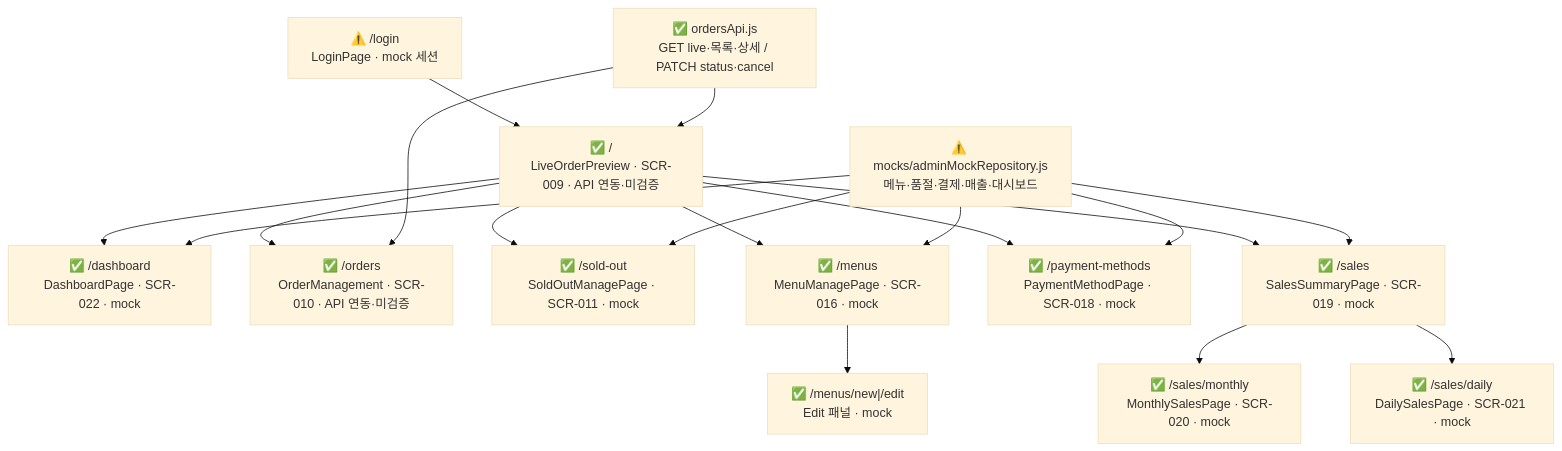
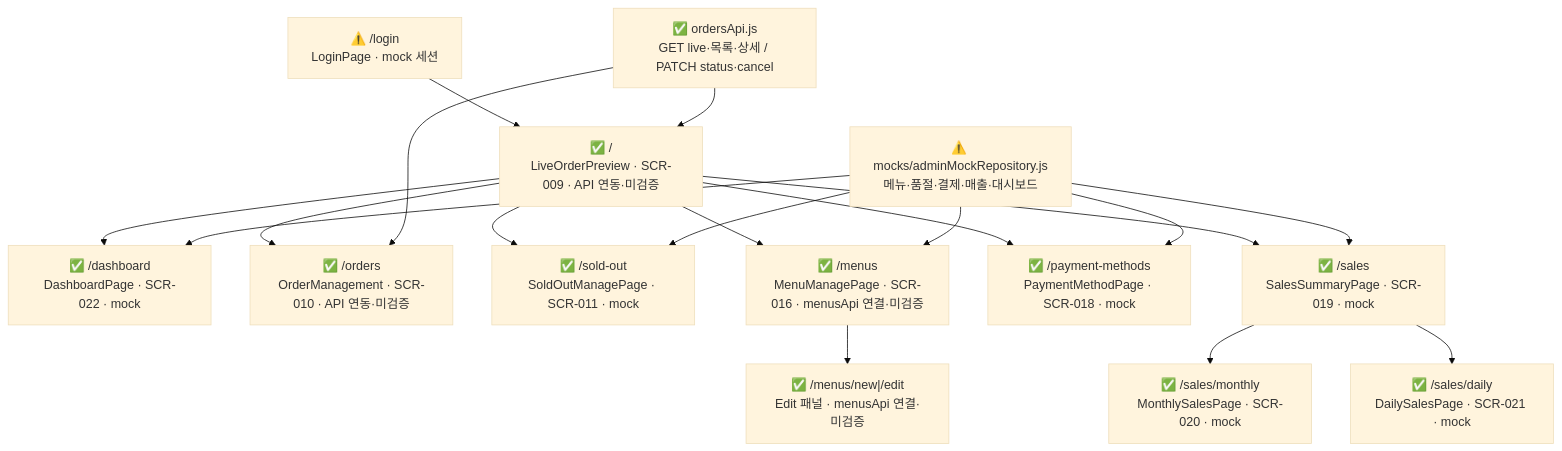
One commit to hagenie128/ASAK changed the third of 6 diagrams in docs/wiki/project-flow.md. Above: the diagram before and after it, drawn with Mermaid (base theme). The commit also changed other lines of this file and 14 other files, not shown here.

````diff
--- a/docs/wiki/project-flow.md
+++ b/docs/wiki/project-flow.md
@@ -94,34 +95,34 @@
 ```mermaid
 flowchart TB
     Login["⚠️ /login<br/>LoginPage · mock 세션"]
     Live["✅ /<br/>LiveOrderPreview · SCR-009 · API 연동·미검증"]
     Dashboard["✅ /dashboard<br/>DashboardPage · SCR-022 · mock"]
     Orders["✅ /orders<br/>OrderManagement · SCR-010 · API 연동·미검증"]
     SoldOut["✅ /sold-out<br/>SoldOutManagePage · SCR-011 · mock"]
-    Menus["✅ /menus<br/>MenuManagePage · SCR-016 · mock"]
-    MenuEdit["✅ /menus/new|/edit<br/>Edit 패널 · mock"]
+    Menus["✅ /menus<br/>MenuManagePage · SCR-016 · menusApi 연결·미검증"]
+    MenuEdit["✅ /menus/new|/edit<br/>Edit 패널 · menusApi 연결·미검증"]
     Payments["✅ /payment-methods<br/>PaymentMethodPage · SCR-018 · mock"]
     Sales["✅ /sales<br/>SalesSummaryPage · SCR-019 · mock"]
     Monthly["✅ /sales/monthly<br/>MonthlySalesPage · SCR-020 · mock"]
     Daily["✅ /sales/daily<br/>DailySalesPage · SCR-021 · mock"]
 
     Login --> Live
     Live --> Dashboard
     Live --> Orders
     Live --> SoldOut
     Live --> Menus --> MenuEdit
     Live --> Payments
     Live --> Sales
     Sales --> Monthly
     Sales --> Daily
 
     ApiOrders["✅ ordersApi.js<br/>GET live·목록·상세 / PATCH status·cancel"]
     ApiOrders --> Live
     ApiOrders --> Orders
     Mock["⚠️ mocks/adminMockRepository.js<br/>메뉴·품절·결제·매출·대시보드"]
     Mock --> Dashboard
     Mock --> SoldOut
     Mock --> Menus
     Mock --> Payments
     Mock --> Sales
 ```
````
